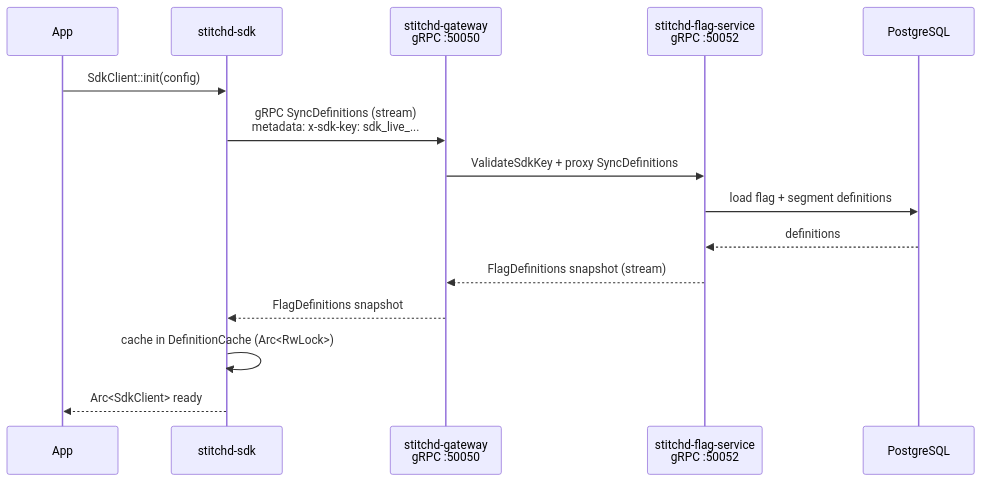
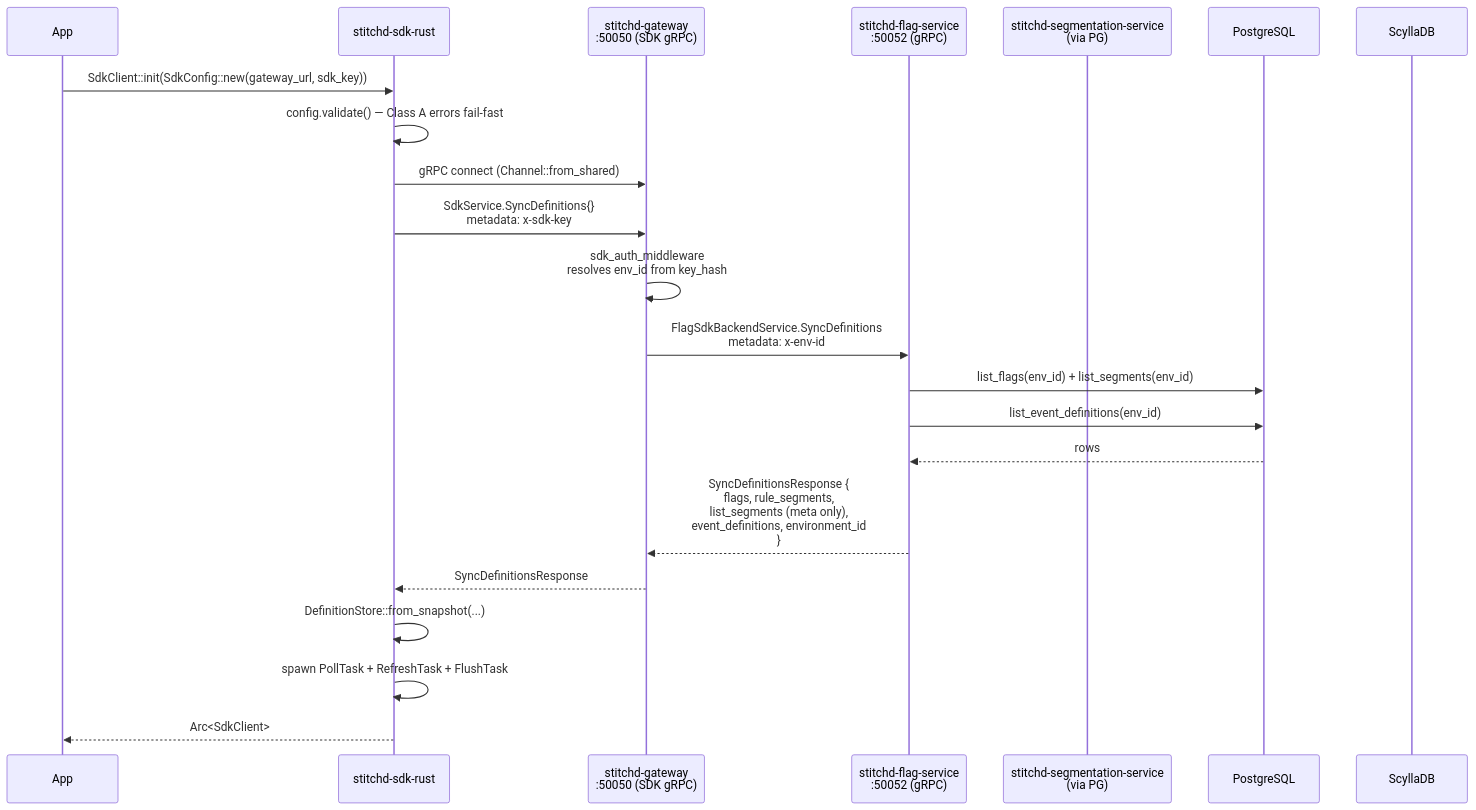
One commit to stitchd-dev/feature-flag changed the first of 2 diagrams in docs/src/architecture/evaluation-flow.md. Above: the diagram before and after it, drawn with Mermaid. The commit also changed other lines of this file and 24 other files, not shown here.

````diff
--- a/docs/src/architecture/evaluation-flow.md
+++ b/docs/src/architecture/evaluation-flow.md
@@ -8,18 +20,28 @@
 ```mermaid
 sequenceDiagram
     participant App
-    participant SDK as stitchd-sdk
-    participant GW as stitchd-gateway<br/>gRPC :50050
-    participant FS as stitchd-flag-service<br/>gRPC :50052
+    participant SDK as stitchd-sdk-rust
+    participant GW as stitchd-gateway<br/>:50050 (SDK gRPC)
+    participant FLAG as stitchd-flag-service<br/>:50052 (gRPC)
+    participant SEG as stitchd-segmentation-service<br/>(via PG)
     participant PG as PostgreSQL
+    participant SCY as ScyllaDB
 
-    App->>SDK: SdkClient::init(config)
-    SDK->>GW: gRPC SyncDefinitions (stream)<br/>metadata: x-sdk-key: sdk_live_...
-    GW->>FS: ValidateSdkKey + proxy SyncDefinitions
-    FS->>PG: load flag + segment definitions
-    PG-->>FS: definitions
-    FS-->>GW: FlagDefinitions snapshot (stream)
-    GW-->>SDK: FlagDefinitions snapshot
-    SDK->>SDK: cache in DefinitionCache (Arc<RwLock>)
-    SDK-->>App: Arc<SdkClient> ready
+    App->>SDK: SdkClient::init(SdkConfig::new(gateway_url, sdk_key))
+    SDK->>SDK: config.validate() — Class A errors fail-fast
+    SDK->>GW: gRPC connect (Channel::from_shared)
+    SDK->>GW: SdkService.SyncDefinitions{}<br/>metadata: x-sdk-key
+
+    GW->>GW: sdk_auth_middleware<br/>resolves env_id from key_hash
+    GW->>FLAG: FlagSdkBackendService.SyncDefinitions<br/>metadata: x-env-id
+
+    FLAG->>PG: list_flags(env_id) + list_segments(env_id)
+    FLAG->>PG: list_event_definitions(env_id)
+    PG-->>FLAG: rows
+    FLAG-->>GW: SyncDefinitionsResponse {<br/>  flags, rule_segments,<br/>  list_segments (meta only),<br/>  event_definitions, environment_id<br/>}
+    GW-->>SDK: SyncDefinitionsResponse
+
+    SDK->>SDK: DefinitionStore::from_snapshot(...)
+    SDK->>SDK: spawn PollTask + RefreshTask + FlushTask
+    SDK-->>App: Arc<SdkClient>
 ```
````
